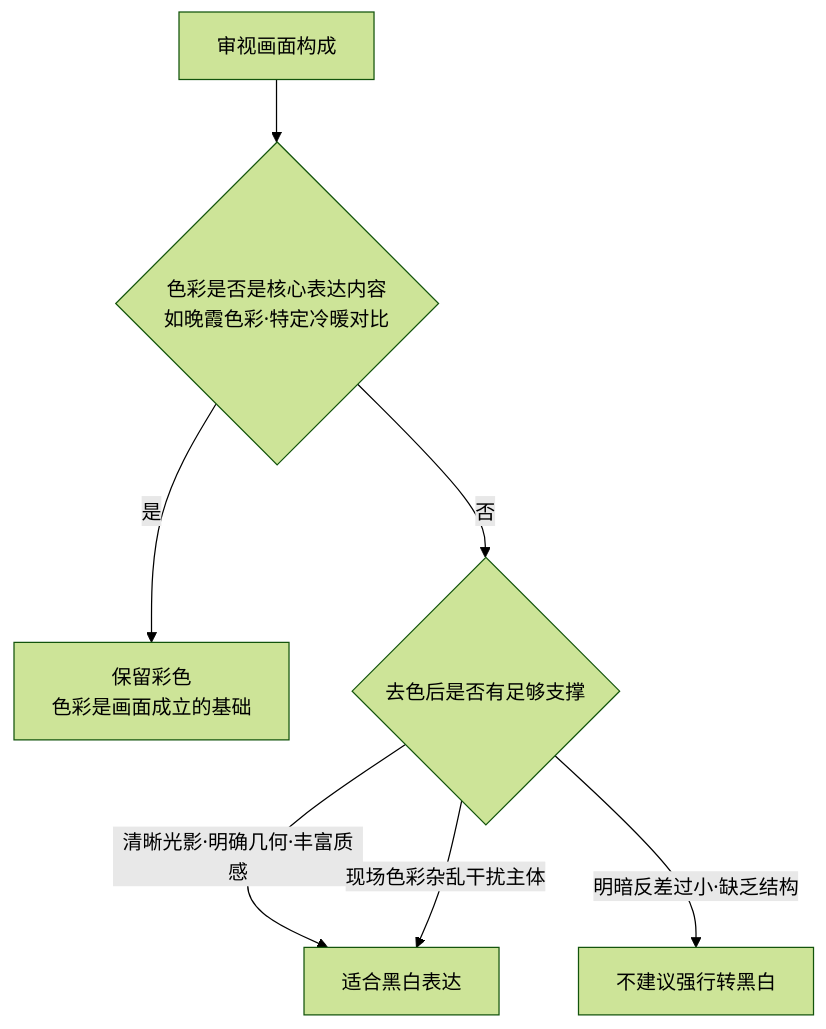
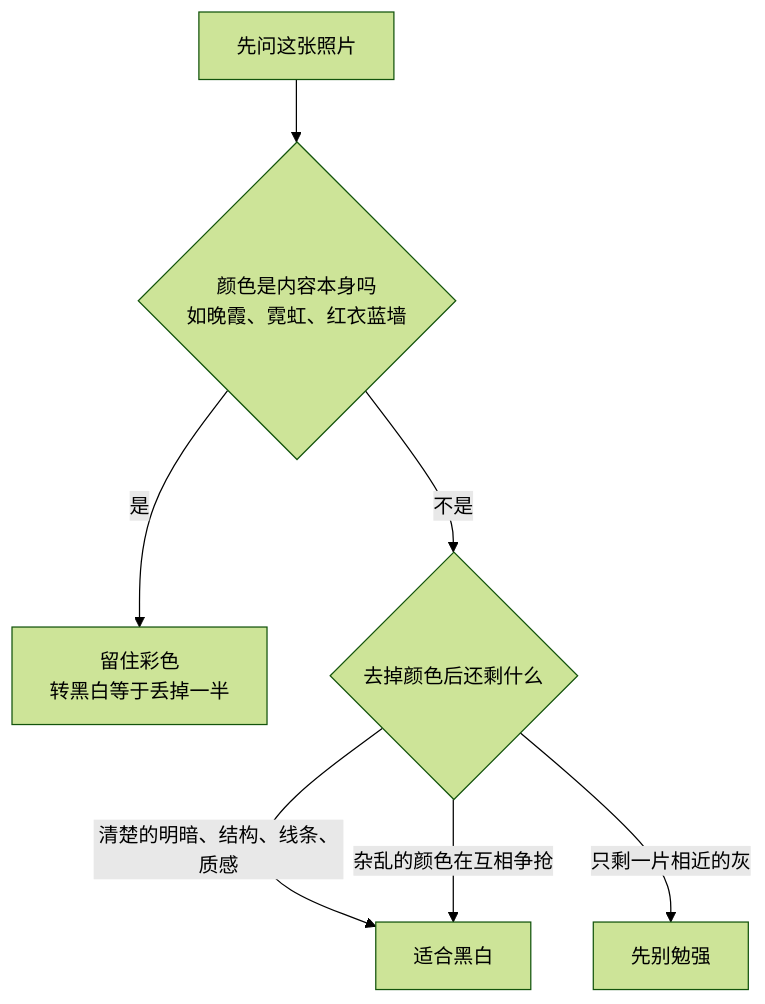
The diagram in docs/12-bw.md (yingwang/photography-book), drawn with Mermaid (forest theme) before and after one commit. The commit also changed other lines of this file and 18 other files, not shown here.

````diff
--- a/docs/12-bw.md
+++ b/docs/12-bw.md
@@ -35,9 +31,9 @@
 ```mermaid
 graph TD
-    A["审视画面构成"] --> B{"色彩是否是核心表达内容<br/>如晚霞色彩·特定冷暖对比"}
-    B -->|"是"| C["保留彩色<br/>色彩是画面成立的基础"]
-    B -->|"否"| D{"去色后是否有足够支撑"}
-    D -->|"清晰光影·明确几何·丰富质感"| E["适合黑白表达"]
-    D -->|"现场色彩杂乱干扰主体"| E
-    D -->|"明暗反差过小·缺乏结构"| F["不建议强行转黑白"]
+    A["先问这张照片"] --> B{"颜色是内容本身吗<br/>如晚霞、霓虹、红衣蓝墙"}
+    B -->|"是"| C["留住彩色<br/>转黑白等于丢掉一半"]
+    B -->|"不是"| D{"去掉颜色后还剩什么"}
+    D -->|"清楚的明暗、结构、线条、质感"| E["适合黑白"]
+    D -->|"杂乱的颜色在互相争抢"| E
+    D -->|"只剩一片相近的灰"| F["先别勉强"]
 ```
````
